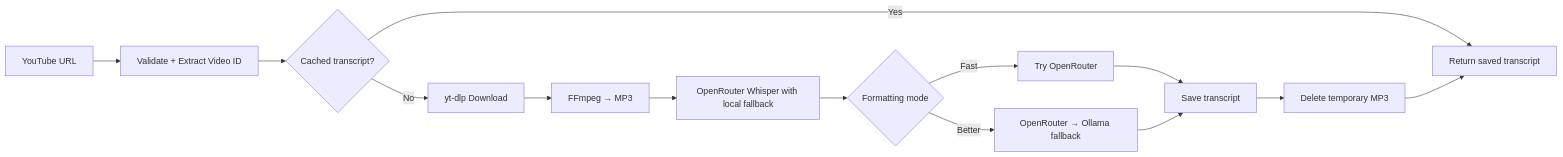
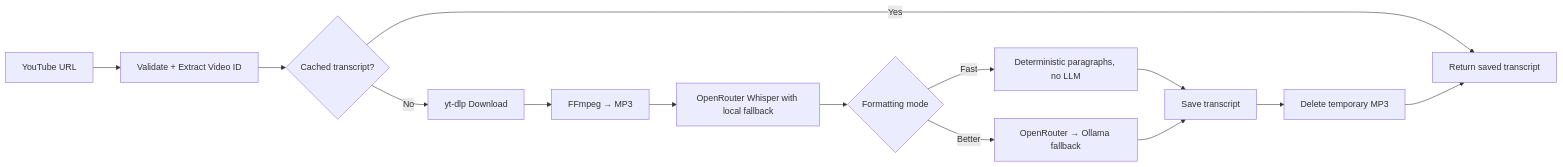
One commit to GraduationGroup101/LectureScribe-AI changed the diagram in README.md. Above: the diagram before and after it, drawn with Mermaid. The commit also changed other lines of this file and 21 other files, not shown here.

````diff
--- a/README.md
+++ b/README.md
@@ -47,16 +48,16 @@
 ```mermaid
 flowchart LR
     A[YouTube URL] --> B[Validate + Extract Video ID]
     B --> C{Cached transcript?}
     C -- Yes --> H[Return saved transcript]
     C -- No --> D[yt-dlp Download]
     D --> E[FFmpeg → MP3]
     E --> F[OpenRouter Whisper with local fallback]
     F --> G{Formatting mode}
-    G -- Fast --> I[Try OpenRouter]
+    G -- Fast --> I[Deterministic paragraphs, no LLM]
     G -- Better --> J[OpenRouter → Ollama fallback]
     I --> K[Save transcript]
     J --> K
     K --> L[Delete temporary MP3]
     L --> H
 ```
````
